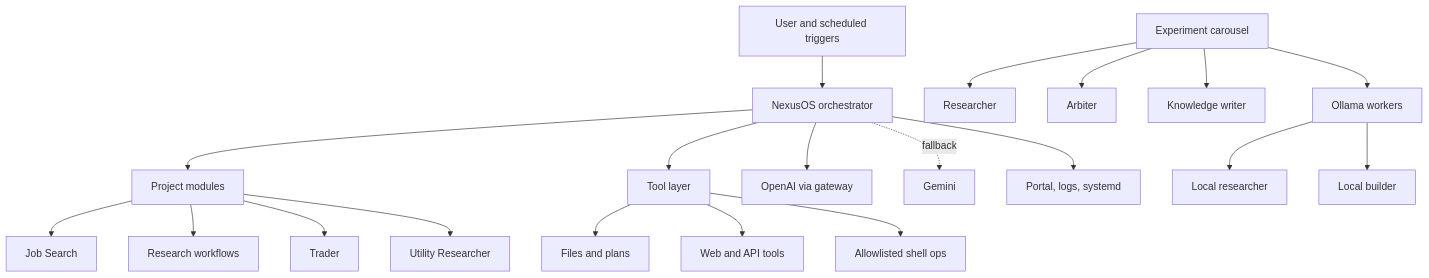
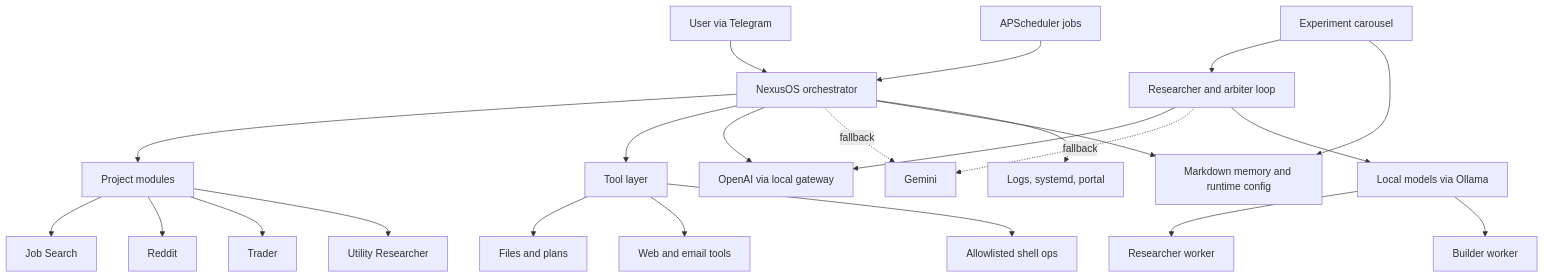
One commit to MagicJeff/Open_Claw_Setup_Oli_Lester changed the diagram in README.md. Above: the diagram before and after it, drawn with Mermaid. The commit also changed other lines of this file and 8 other files, not shown here.

````diff
--- a/README.md
+++ b/README.md
@@ -39,22 +19,25 @@
 ```mermaid
 flowchart TD
-    U[User and scheduled triggers] --> N[NexusOS orchestrator]
-    N --> PM[Project modules]
-    PM --> JS[Job Search]
-    PM --> RD[Research workflows]
-    PM --> TR[Trader]
-    PM --> UR[Utility Researcher]
-    N --> TOOLS[Tool layer]
-    TOOLS --> FILES[Files and plans]
-    TOOLS --> WEB[Web and API tools]
-    TOOLS --> OPS[Allowlisted shell ops]
-    N --> OAI[OpenAI via gateway]
+    U[User via Telegram] --> N[NexusOS orchestrator]
+    S[APScheduler jobs] --> N
+    N --> P[Project modules]
+    P --> J[Job Search]
+    P --> R[Reddit]
+    P --> T[Trader]
+    P --> U2[Utility Researcher]
+    N --> TL[Tool layer]
+    TL --> F[Files and plans]
+    TL --> W[Web and email tools]
+    TL --> SH[Allowlisted shell ops]
+    N --> OAI[OpenAI via local gateway]
     N -. fallback .-> GEM[Gemini]
-    CAR[Experiment carousel] --> RES[Researcher]
-    CAR --> ARB[Arbiter]
-    CAR --> KB[Knowledge writer]
-    CAR --> OLL[Ollama workers]
-    OLL --> LR[Local researcher]
-    OLL --> LB[Local builder]
-    N --> OBS[Portal, logs, systemd]
+    C[Experiment carousel] --> CR[Researcher and arbiter loop]
+    CR --> OAI
+    CR -. fallback .-> GEM
+    CR --> OLL[Local models via Ollama]
+    OLL --> LR[Researcher worker]
+    OLL --> LB[Builder worker]
+    N --> MEM[Markdown memory and runtime config]
+    C --> MEM
+    N --> OBS[Logs, systemd, portal]
 ```
````
